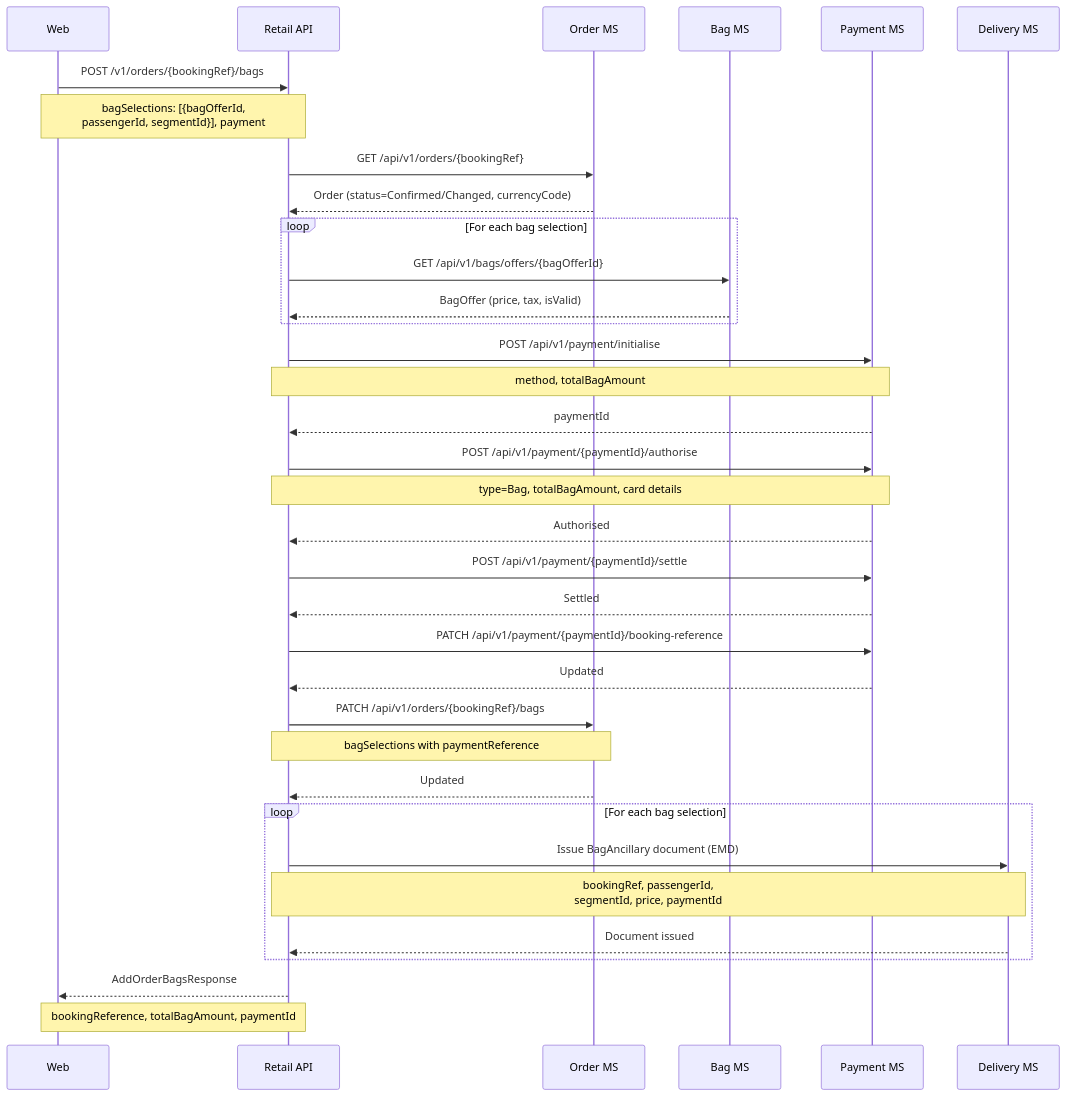
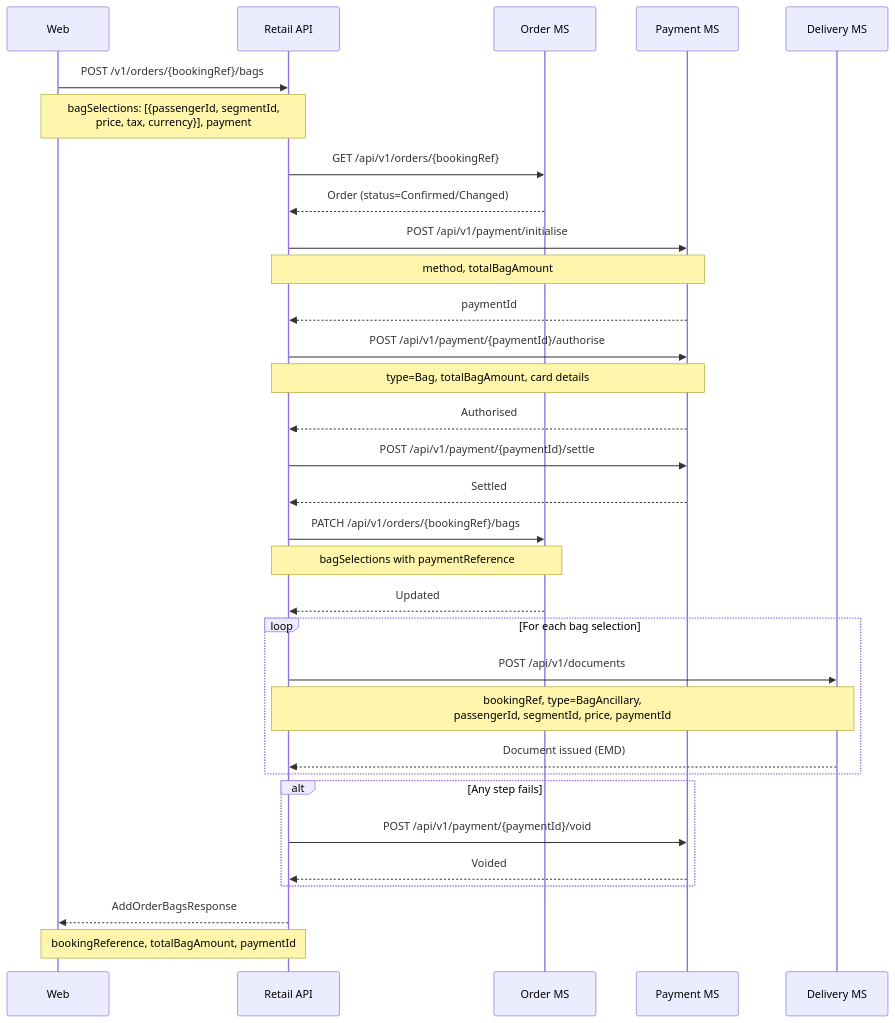
One commit to sebharvey/airline-reservation-system changed the third of 9 diagrams in documentation/sequences/manage-booking.md. Above: the diagram before and after it, drawn with Mermaid. The commit also changed other lines of this file and 11 other files, not shown here.

````diff
--- a/documentation/sequences/manage-booking.md
+++ b/documentation/sequences/manage-booking.md
@@ -99,47 +115,43 @@
 ```mermaid
 sequenceDiagram
     participant Web
     participant RetailAPI as Retail API
     participant OrderMS as Order MS
-    participant BagMS as Bag MS
     participant PaymentMS as Payment MS
     participant DeliveryMS as Delivery MS
 
     Web->>RetailAPI: POST /v1/orders/{bookingRef}/bags
-    Note over Web,RetailAPI: bagSelections: [{bagOfferId,<br/>passengerId, segmentId}], payment
+    Note over Web,RetailAPI: bagSelections: [{passengerId, segmentId,<br/>price, tax, currency}], payment
 
     RetailAPI->>OrderMS: GET /api/v1/orders/{bookingRef}
-    OrderMS-->>RetailAPI: Order (status=Confirmed/Changed, currencyCode)
-
-    loop For each bag selection
-        RetailAPI->>BagMS: GET /api/v1/bags/offers/{bagOfferId}
-        BagMS-->>RetailAPI: BagOffer (price, tax, isValid)
-    end
+    OrderMS-->>RetailAPI: Order (status=Confirmed/Changed)
 
     RetailAPI->>PaymentMS: POST /api/v1/payment/initialise
     Note over RetailAPI,PaymentMS: method, totalBagAmount
     PaymentMS-->>RetailAPI: paymentId
 
     RetailAPI->>PaymentMS: POST /api/v1/payment/{paymentId}/authorise
     Note over RetailAPI,PaymentMS: type=Bag, totalBagAmount, card details
     PaymentMS-->>RetailAPI: Authorised
 
     RetailAPI->>PaymentMS: POST /api/v1/payment/{paymentId}/settle
     PaymentMS-->>RetailAPI: Settled
 
-    RetailAPI->>PaymentMS: PATCH /api/v1/payment/{paymentId}/booking-reference
-    PaymentMS-->>RetailAPI: Updated
-
     RetailAPI->>OrderMS: PATCH /api/v1/orders/{bookingRef}/bags
     Note over RetailAPI,OrderMS: bagSelections with paymentReference
     OrderMS-->>RetailAPI: Updated
 
     loop For each bag selection
-        RetailAPI->>DeliveryMS: Issue BagAncillary document (EMD)
-        Note over RetailAPI,DeliveryMS: bookingRef, passengerId,<br/>segmentId, price, paymentId
-        DeliveryMS-->>RetailAPI: Document issued
+        RetailAPI->>DeliveryMS: POST /api/v1/documents
+        Note over RetailAPI,DeliveryMS: bookingRef, type=BagAncillary,<br/>passengerId, segmentId, price, paymentId
+        DeliveryMS-->>RetailAPI: Document issued (EMD)
+    end
+
+    alt Any step fails
+        RetailAPI->>PaymentMS: POST /api/v1/payment/{paymentId}/void
+        PaymentMS-->>RetailAPI: Voided
     end
 
     RetailAPI-->>Web: AddOrderBagsResponse
     Note over RetailAPI,Web: bookingReference, totalBagAmount, paymentId
 ```
````
